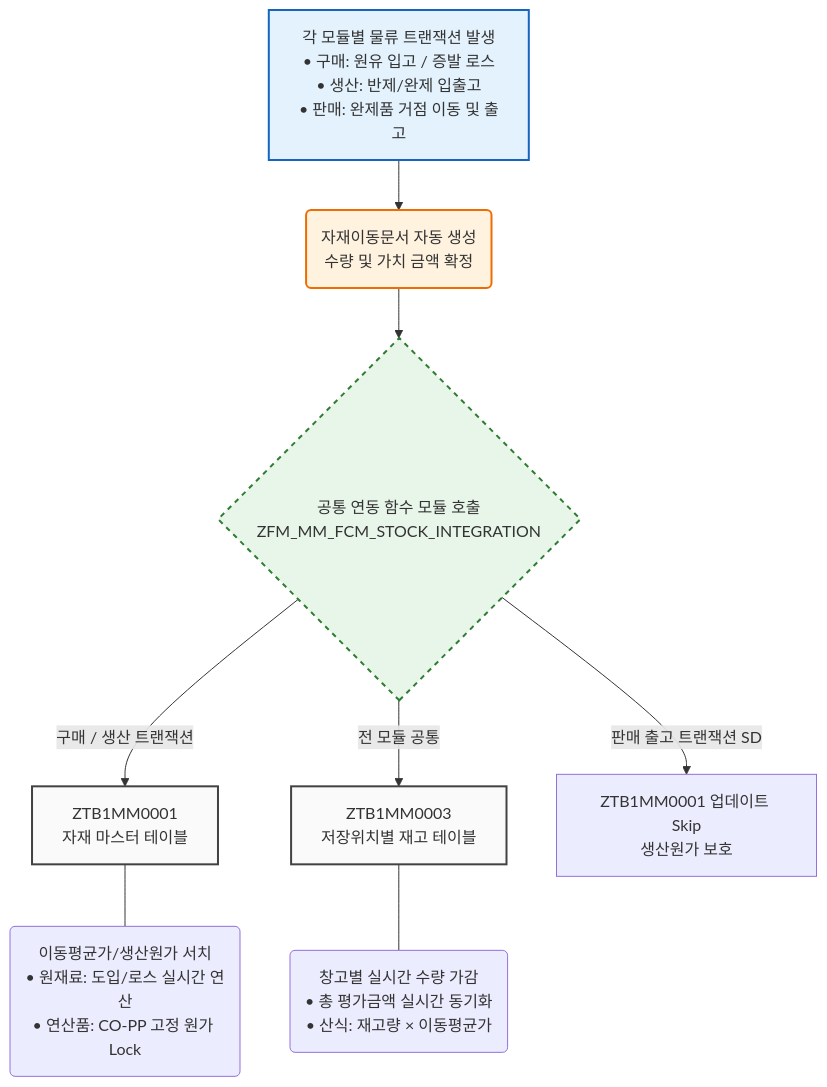
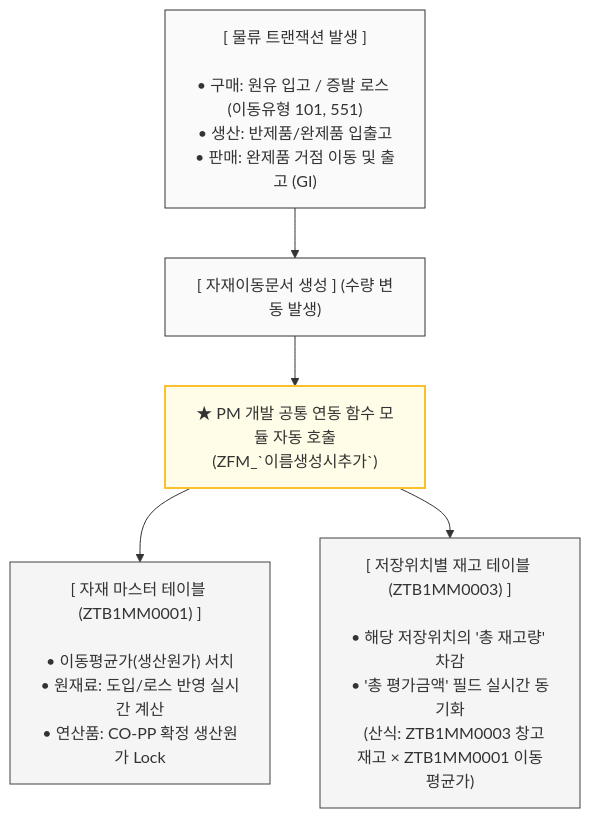
Before and after one commit to grace7410-byte/sap-code-project: the diagram in 03_architecture/2026-05-11-advanced-cost-interface.md, drawn with Mermaid.

````diff
--- a/03_architecture/2026-05-11-advanced-cost-interface.md
+++ b/03_architecture/2026-05-11-advanced-cost-interface.md
@@ -20,27 +20,20 @@
 ```mermaid
 graph TD
-    %% 스타일 정의
-    classDef event fill:#e3f2fd,stroke:#1565c0,stroke-width:2px;
-    classDef doc fill:#fff3e0,stroke:#ef6c00,stroke-width:2px;
-    classDef func fill:#e8f5e9,stroke:#2e7d32,stroke-width:2px,stroke-dasharray: 5 5;
-    classDef table fill:#fafafa,stroke:#424242,stroke-width:2px;
+    %% 1. 물류 트랜잭션 발생 및 문서 생성
+    A["[ 물류 트랜잭션 발생 ]<br><br>• 구매: 원유 입고 / 증발 로스 (이동유형 101, 551)<br>• 생산: 반제품/완제품 입출고<br>• 판매: 완제품 거점 이동 및 출고 (GI)"]
+    A --> B["[ 자재이동문서 생성 ] (수량 변동 발생)"]
+    
+    %% 2. 공통 연동 함수 모듈 호출
+    B --> C["★ PM 개발 공통 연동 함수 모듈 자동 호출<br>(ZFM_`이름생성시추가`)"]
+    
+    %% 3. 테이블 동시 업데이트 분기
+    C --> D["[ 자재 마스터 테이블 (ZTB1MM0001) ]<br><br>• 이동평균가(생산원가) 서치<br>• 원재료: 도입/로스 반영 실시간 계산<br>• 연산품: CO-PP 확정 생산원가 Lock"]
+    C --> E["[ 저장위치별 재고 테이블 (ZTB1MM0003) ]<br><br>• 해당 저장위치의 '총 재고량' 차감<br>• '총 평가금액' 필드 실시간 동기화<br>  (산식: ZTB1MM0003 창고재고 × ZTB1MM0001 이동평균가)"]
 
-    %% 노드 배치
-    A[각 모듈별 물류 트랜잭션 발생<br>• 구매: 원유 입고 / 증발 로스<br>• 생산: 반제/완제 입출고<br>• 판매: 완제품 거점 이동 및 출고] --> B(자재이동문서 자동 생성<br>수량 및 가치 금액 확정);
-    B --> C{공통 연동 함수 모듈 호출<br>ZFM_MM_FCM_STOCK_INTEGRATION};
-    
-    %% 분기 로직 구조
-    C -->|구매 / 생산 트랜잭션| D[ZTB1MM0001 <br> 자재 마스터 테이블];
-    C -->|전 모듈 공통| E[ZTB1MM0003 <br> 저장위치별 재고 테이블];
-    C -->|판매 출고 트랜잭션 SD| F[ZTB1MM0001 업데이트 Skip<br>생산원가 보호];
-
-    %% 테이블 액션 정의
-    D --- D1(이동평균가/생산원가 서치<br>• 원재료: 도입/로스 실시간 연산<br>• 연산품: CO-PP 고정 원가 Lock);
-    E --- E1(창고별 실시간 수량 가감<br>• 총 평가금액 실시간 동기화<br>• 산식: 재고량 × 이동평균가);
-
-    %% 클래스 지정
-    class A event;
-    class B doc;
-    class C func;
-    class D,E table;
+    %% 비주얼 스타일 가독성 중심 정돈
+    style A fill:#fafafa,stroke:#333,stroke-width:1px
+    style B fill:#fafafa,stroke:#333,stroke-width:1px
+    style C fill:#fffde7,stroke:#fbc02d,stroke-width:2px
+    style D fill:#f5f5f5,stroke:#424242,stroke-width:1px
+    style E fill:#f5f5f5,stroke:#424242,stroke-width:1px
 ```
````
